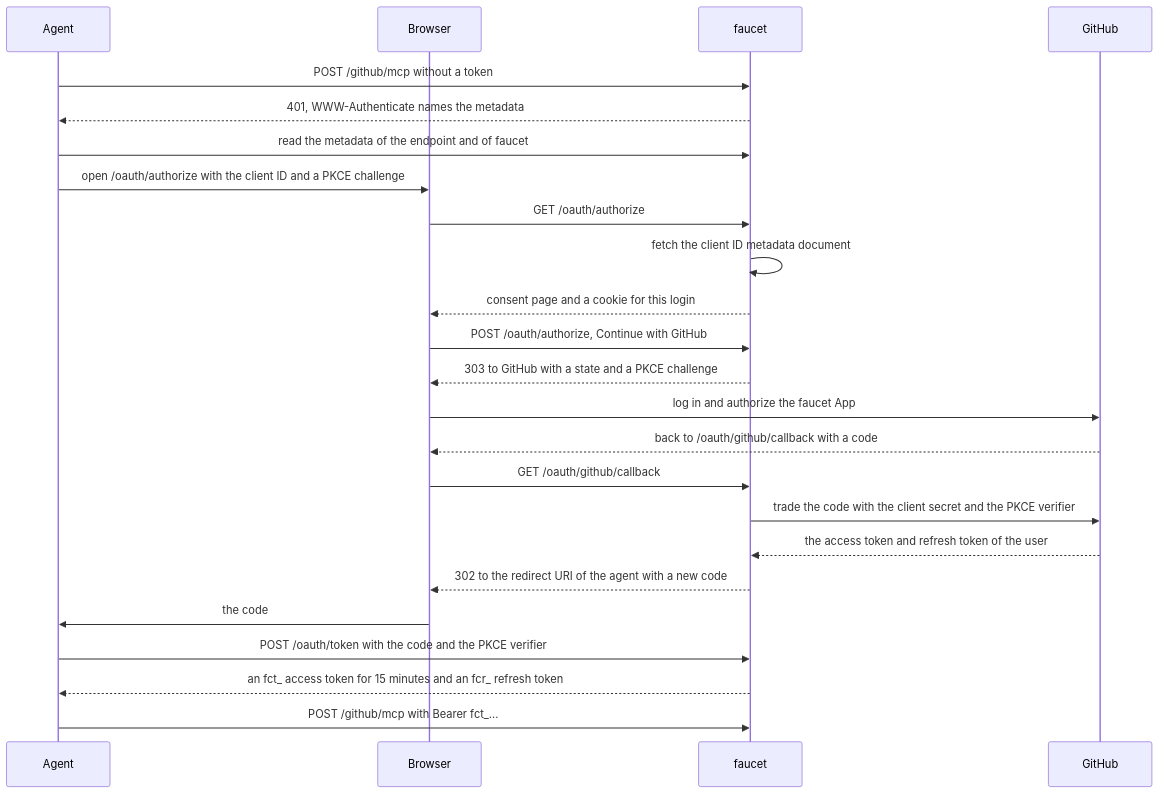
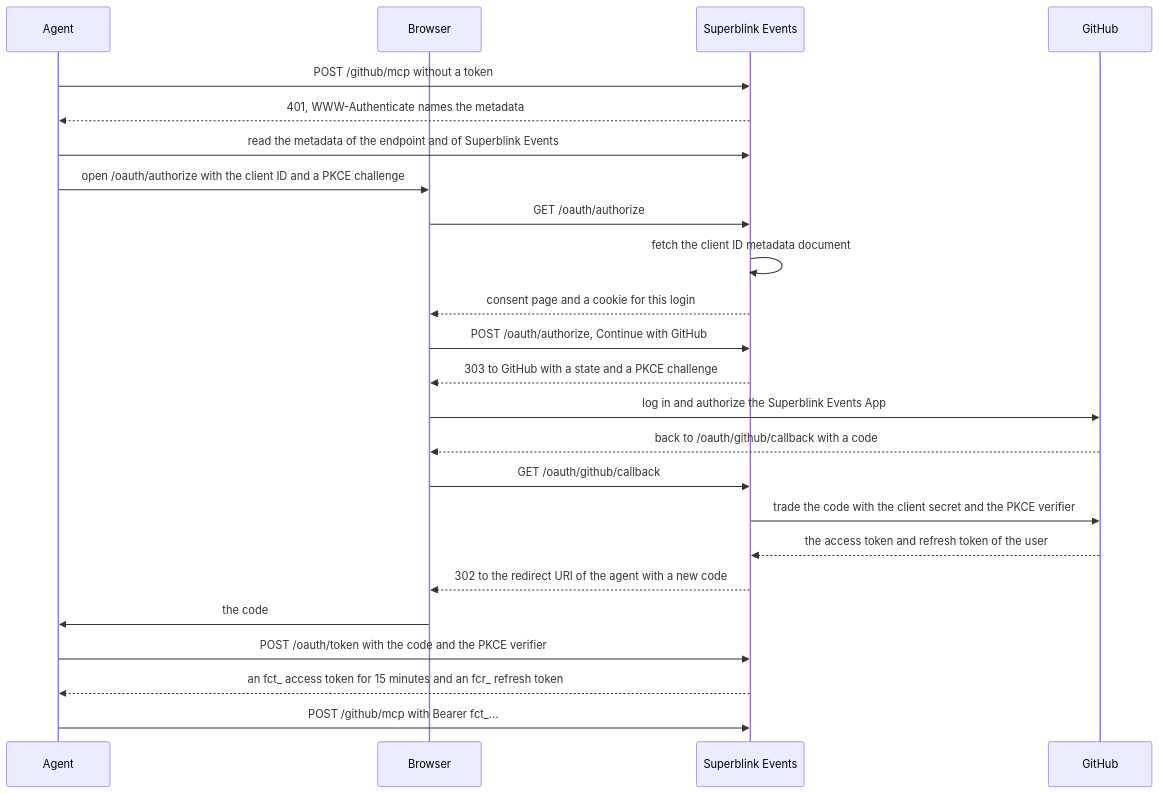
One commit to coder/superblink-events changed the diagram in docs/browser-login.md. Above: the diagram before and after it, drawn with Mermaid. The commit also changed other lines of this file and 218 other files, not shown here.

First line of the commit message:
docs: rename faucet to Superblink Events and the module to github.com/coder/superblink-events (#81)

````diff
--- a/docs/browser-login.md
+++ b/docs/browser-login.md
@@ -31,26 +31,26 @@
 ```mermaid
 sequenceDiagram
     participant A as Agent
     participant B as Browser
-    participant F as faucet
+    participant F as Superblink Events
     participant G as GitHub
     A->>F: POST /github/mcp without a token
     F-->>A: 401, WWW-Authenticate names the metadata
-    A->>F: read the metadata of the endpoint and of faucet
+    A->>F: read the metadata of the endpoint and of Superblink Events
     A->>B: open /oauth/authorize with the client ID and a PKCE challenge
     B->>F: GET /oauth/authorize
     F->>F: fetch the client ID metadata document
     F-->>B: consent page and a cookie for this login
     B->>F: POST /oauth/authorize, Continue with GitHub
     F-->>B: 303 to GitHub with a state and a PKCE challenge
-    B->>G: log in and authorize the faucet App
+    B->>G: log in and authorize the Superblink Events App
     G-->>B: back to /oauth/github/callback with a code
     B->>F: GET /oauth/github/callback
     F->>G: trade the code with the client secret and the PKCE verifier
     G-->>F: the access token and refresh token of the user
     F-->>B: 302 to the redirect URI of the agent with a new code
     B->>A: the code
     A->>F: POST /oauth/token with the code and the PKCE verifier
     F-->>A: an fct_ access token for 15 minutes and an fcr_ refresh token
     A->>F: POST /github/mcp with Bearer fct_...
 ```
````
